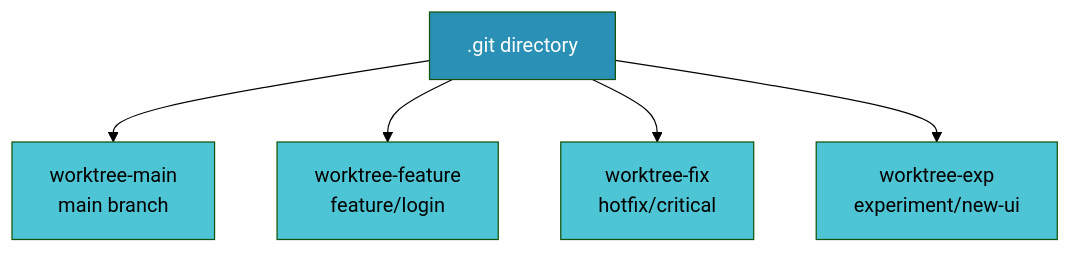
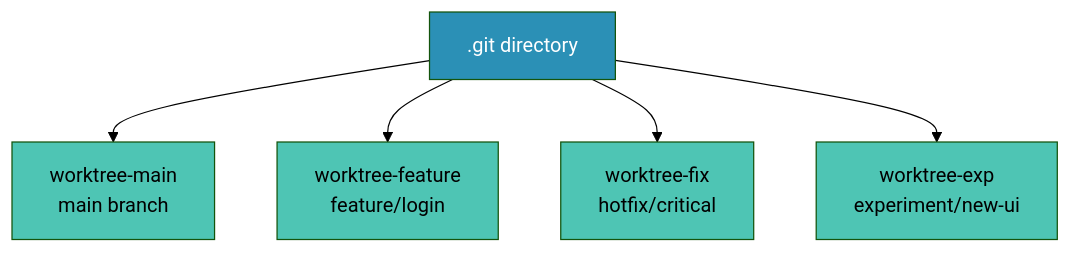
Before and after one commit to Osama-Elshimy/slide-vault: the diagram in slides.md, drawn with Mermaid (forest theme). The commit also changed other lines of this file and 12 other files, not shown here.

````diff
--- a/slides.md
+++ b/slides.md
@@ -34,13 +23,13 @@
 ```mermaid {scale: 0.9}
 graph TD
     Git[.git directory] --> WT1[worktree-main<br/>main branch]
     Git --> WT2[worktree-feature<br/>feature/login]
     Git --> WT3[worktree-fix<br/>hotfix/critical]
     Git --> WT4[worktree-exp<br/>experiment/new-ui]
 
     style Git fill:#2B90B6,color:#fff
-    style WT1 fill:#4EC5D4
-    style WT2 fill:#4EC5D4
-    style WT3 fill:#4EC5D4
-    style WT4 fill:#4EC5D4
+    style WT1 fill:#4EC5B4
+    style WT2 fill:#4EC5B4
+    style WT3 fill:#4EC5B4
+    style WT4 fill:#4EC5B4
 ```
````
